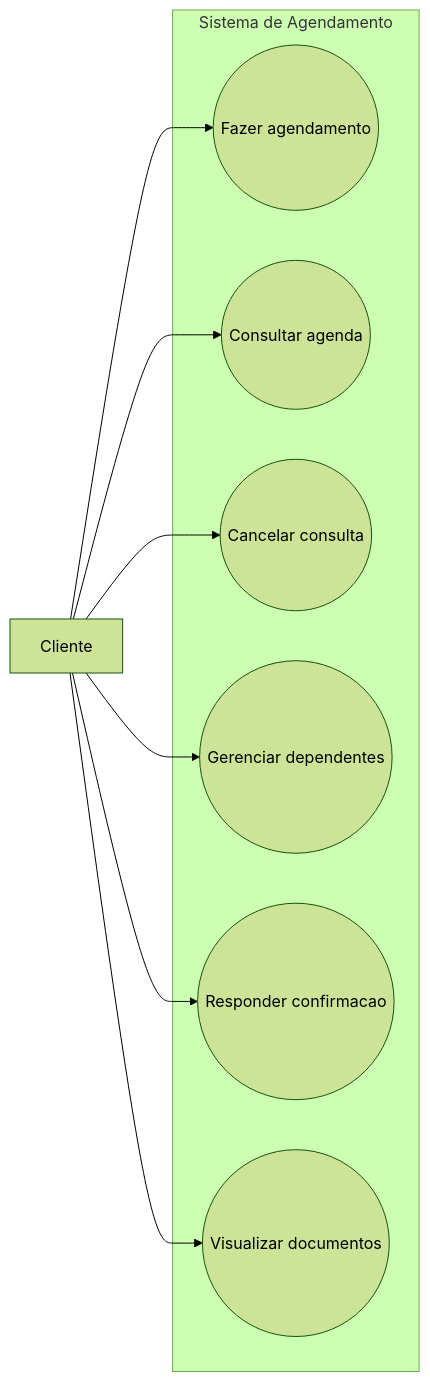
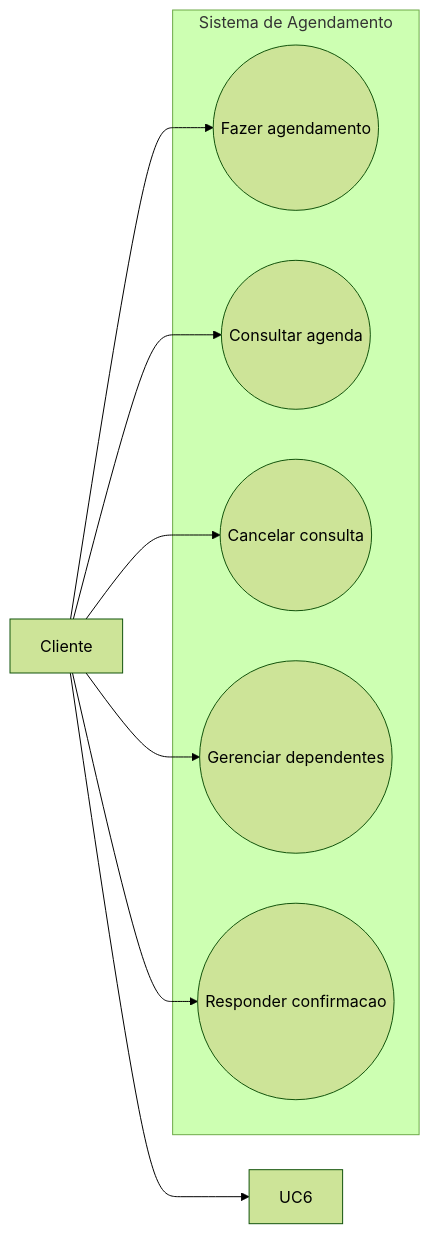
The diagram in docs/casos de uso/cliente.md (InsaneCaio/SICA), drawn with Mermaid (forest theme) before and after one commit.

Commit message:
Remove UC6 from client use cases

````diff
--- a/docs/casos de uso/cliente.md
+++ b/docs/casos de uso/cliente.md
@@ -14,21 +14,20 @@
 ```mermaid
 flowchart LR
     P[Cliente]
 
     subgraph Sistema de Agendamento
         UC1((Fazer agendamento))
         UC2((Consultar agenda))
         UC3((Cancelar consulta))
         UC4((Gerenciar dependentes))
         UC5((Responder confirmacao))
-        UC6((Visualizar documentos))
     end
 
     P --> UC1
     P --> UC2
     P --> UC3
     P --> UC4
     P --> UC5
     P --> UC6
 
 ```
````
